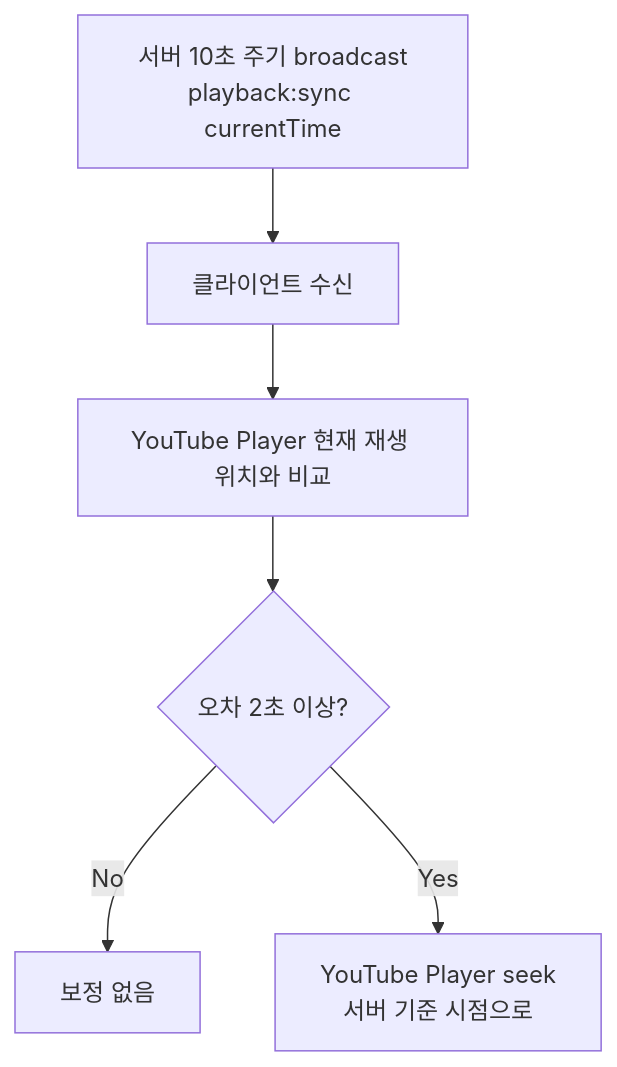
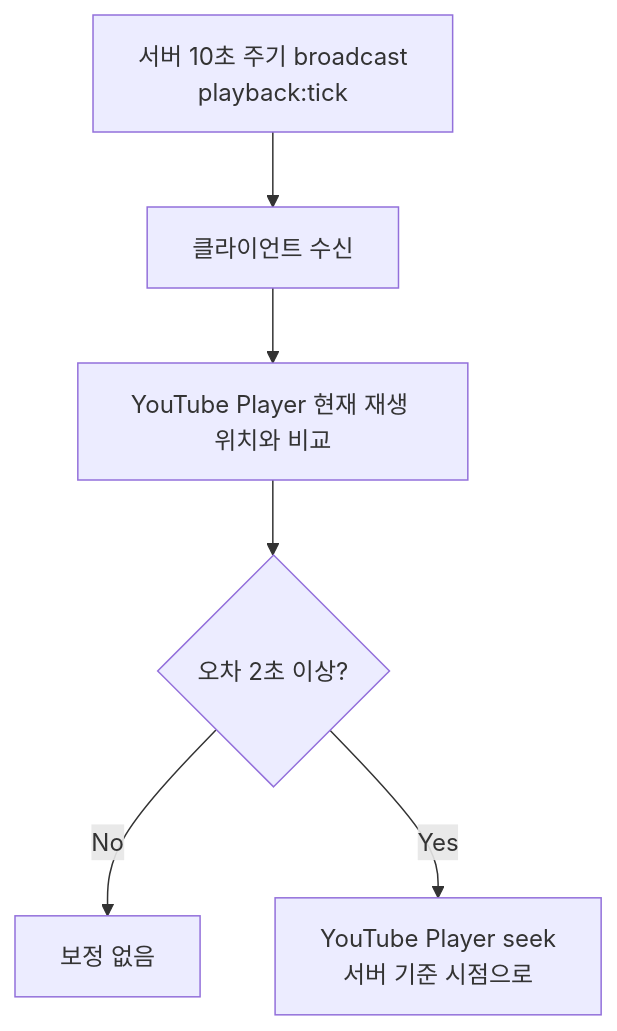
The eighth of 11 diagrams in docs/02-system-architecture.md (TechUP-SYFITY/SYFITY), drawn with Mermaid before and after one commit. The commit also changed other lines of this file and 11 other files, not shown here.

````diff
--- a/docs/02-system-architecture.md
+++ b/docs/02-system-architecture.md
@@ -460,9 +501,9 @@
 ```mermaid
 flowchart TD
-    A[서버 10초 주기 broadcast<br>playback:sync currentTime]
+    A[서버 10초 주기 broadcast<br>playback:tick]
     A --> B[클라이언트 수신]
     B --> C[YouTube Player 현재 재생 위치와 비교]
     C --> D{오차 2초 이상?}
     D -->|No| E[보정 없음]
     D -->|Yes| F[YouTube Player seek<br>서버 기준 시점으로]
 ```
````
